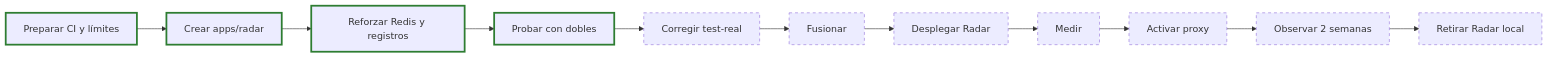
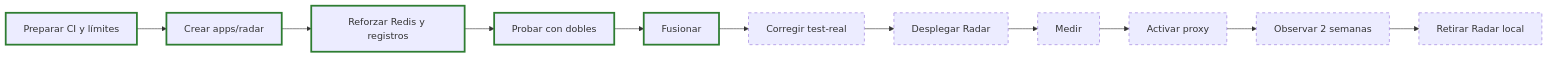
Before and after one commit to pillacarodriguezuriel-a11y/social_unsch: the first of 4 diagrams in docs/migracion/EXTRACCION_RADAR.md, drawn with Mermaid. The commit also changed other lines of this file and 31 other files, not shown here.

````diff
--- a/docs/migracion/EXTRACCION_RADAR.md
+++ b/docs/migracion/EXTRACCION_RADAR.md
@@ -83,18 +84,18 @@
 ```mermaid
 flowchart LR
     A["Preparar CI y límites"] --> B["Crear apps/radar"]
     B --> C["Reforzar Redis y registros"]
     C --> D["Probar con dobles"]
-    D --> E["Corregir test-real"]
-    E --> F["Fusionar"]
-    F --> G["Desplegar Radar"]
+    D --> F["Fusionar"]
+    F --> E["Corregir test-real"]
+    E --> G["Desplegar Radar"]
     G --> H["Medir"]
     H --> I["Activar proxy"]
     I --> J["Observar 2 semanas"]
     J --> K["Retirar Radar local"]
 
     classDef hecho stroke:#2e7d32,stroke-width:3px
     classDef pend stroke-dasharray: 5 5
-    class A,B,C,D hecho
-    class E,F,G,H,I,J,K pend
+    class A,B,C,D,F hecho
+    class E,G,H,I,J,K pend
 ```
````
